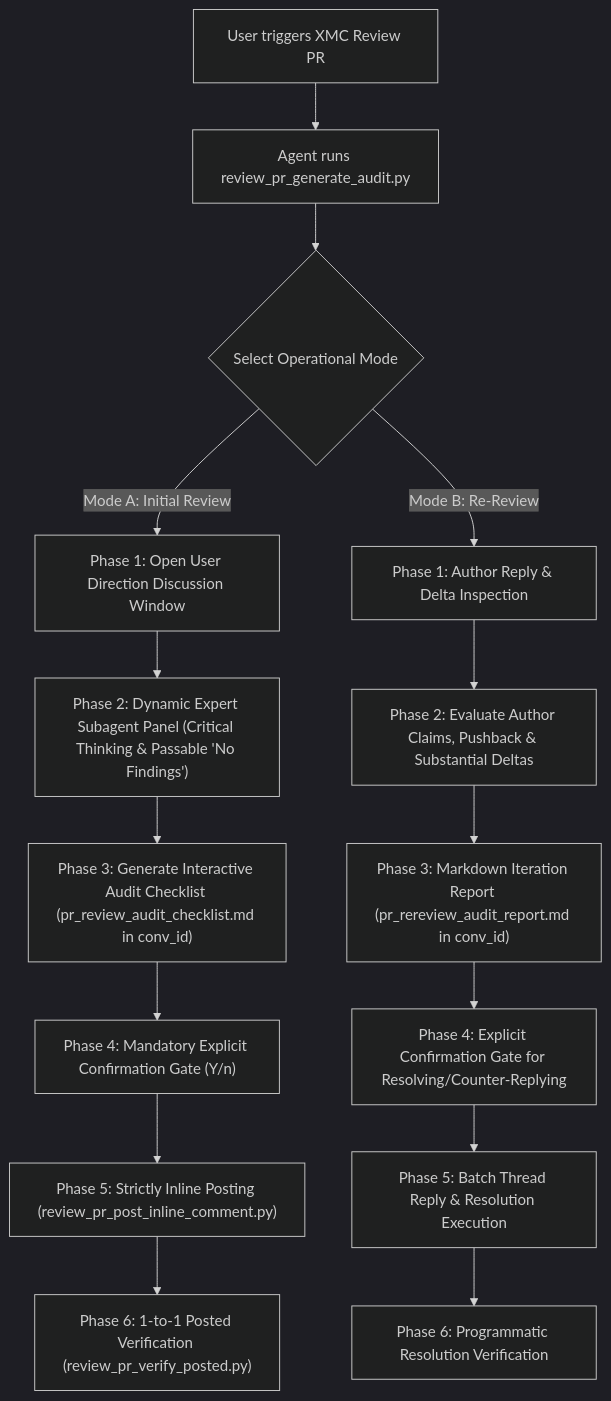
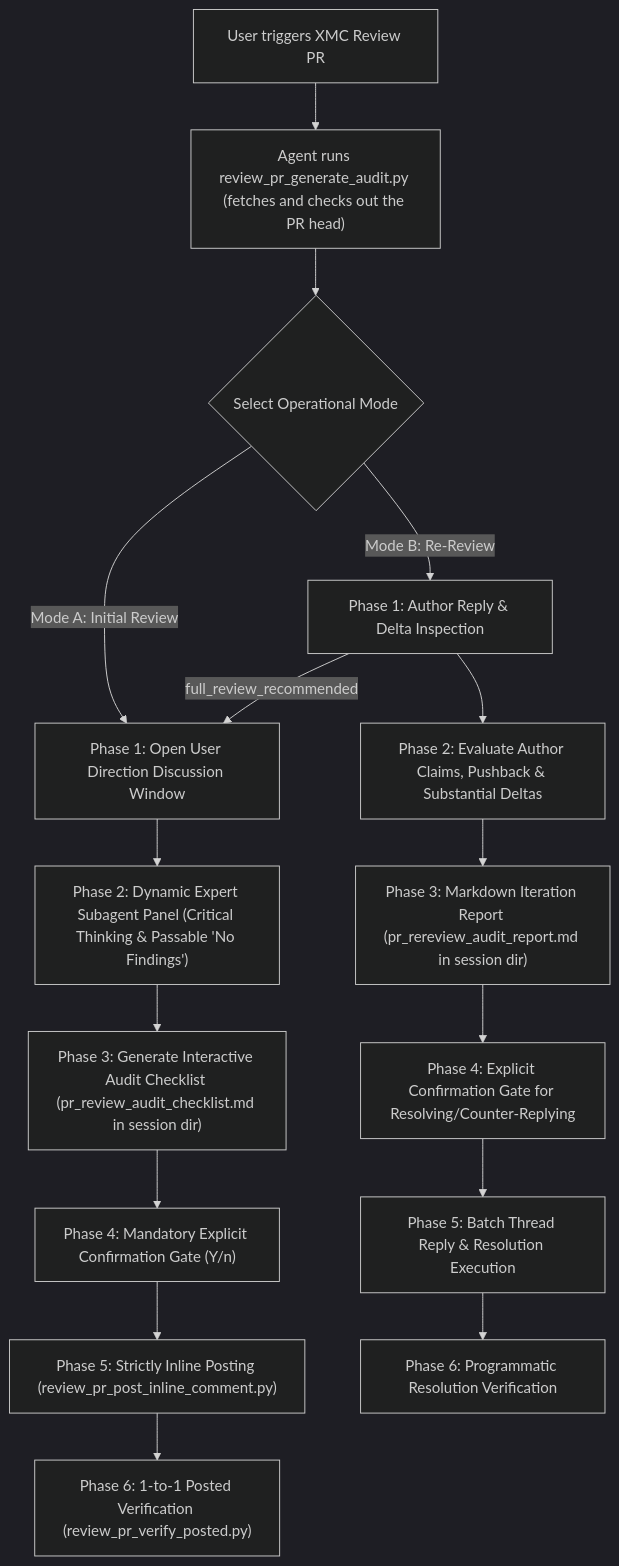
One commit to google/xmc changed the diagram in .agents/skills/xmc_review_pr/SKILL.md. Above: the diagram before and after it, drawn with Mermaid (dark theme). The commit also changed other lines of this file and 6 other files, not shown here.

First line of the commit message:
feat(pr_review): pin PR reviews to the PR head and size re-review deltas (#1555)

````diff
--- a/.agents/skills/xmc_review_pr/SKILL.md
+++ b/.agents/skills/xmc_review_pr/SKILL.md
@@ -17,18 +17,19 @@
 ```mermaid
 graph TD
-    A["User triggers XMC Review PR"] --> B["Agent runs review_pr_generate_audit.py"]
+    A["User triggers XMC Review PR"] --> B["Agent runs review_pr_generate_audit.py (fetches and checks out the PR head)"]
     B --> C{"Select Operational Mode"}
     C -->|"Mode A: Initial Review"| D["Phase 1: Open User Direction Discussion Window"]
     D --> E["Phase 2: Dynamic Expert Subagent Panel (Critical Thinking & Passable 'No Findings')"]
-    E --> F["Phase 3: Generate Interactive Audit Checklist (pr_review_audit_checklist.md in conv_id)"]
+    E --> F["Phase 3: Generate Interactive Audit Checklist (pr_review_audit_checklist.md in session dir)"]
     F --> G["Phase 4: Mandatory Explicit Confirmation Gate (Y/n)"]
     G --> H["Phase 5: Strictly Inline Posting (review_pr_post_inline_comment.py)"]
     H --> I["Phase 6: 1-to-1 Posted Verification (review_pr_verify_posted.py)"]
 
     C -->|"Mode B: Re-Review"| J["Phase 1: Author Reply & Delta Inspection"]
+    J -->|"full_review_recommended"| D
     J --> K["Phase 2: Evaluate Author Claims, Pushback & Substantial Deltas"]
-    K --> L["Phase 3: Markdown Iteration Report (pr_rereview_audit_report.md in conv_id)"]
+    K --> L["Phase 3: Markdown Iteration Report (pr_rereview_audit_report.md in session dir)"]
     L --> M["Phase 4: Explicit Confirmation Gate for Resolving/Counter-Replying"]
     M --> N["Phase 5: Batch Thread Reply & Resolution Execution"]
     N --> O["Phase 6: Programmatic Resolution Verification"]
 ```
````
